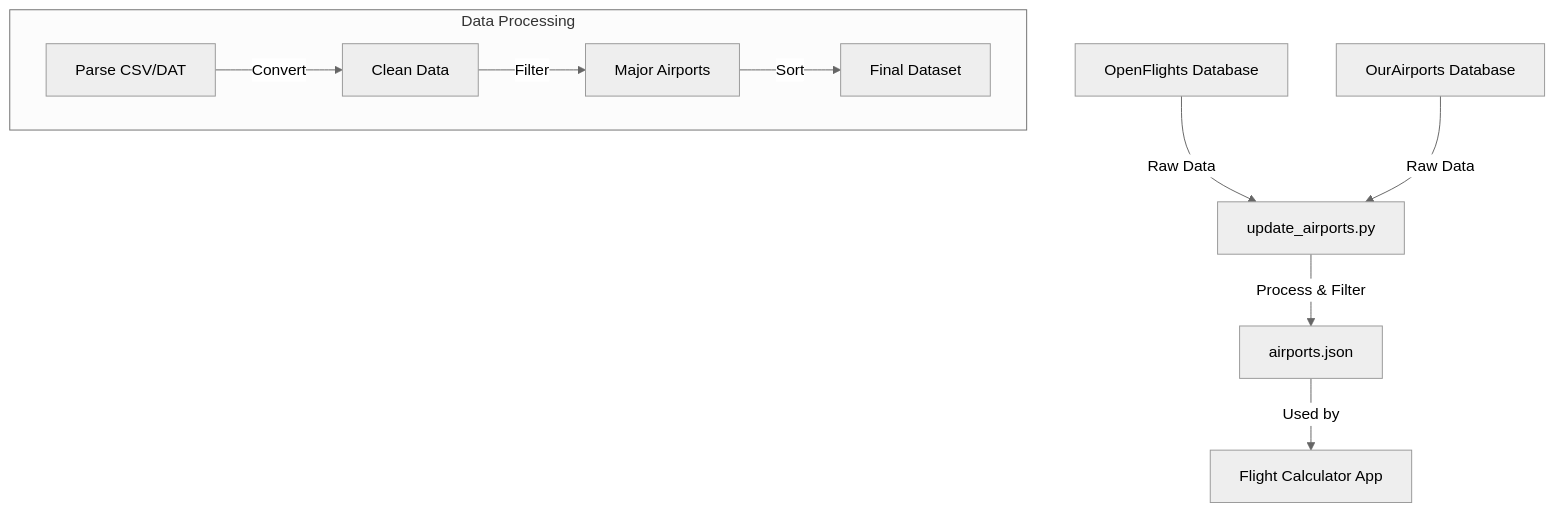
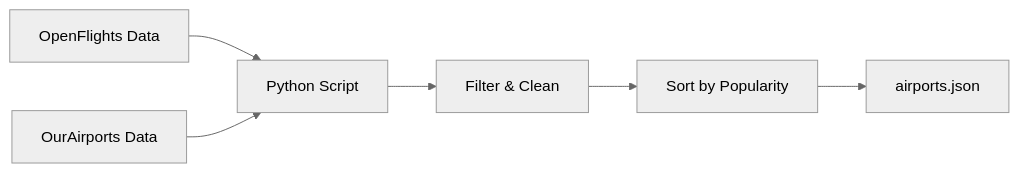
The diagram in scripts/README.md (lucharo/flight-emissions-calculator), drawn with Mermaid (neutral theme) before and after one commit. The commit also changed other lines of this file and 7 other files, not shown here.

````diff
--- a/scripts/README.md
+++ b/scripts/README.md
@@ -11,13 +7,8 @@
 ```mermaid
-graph TD
-    A[OpenFlights Database] -->|Raw Data| C[update_airports.py]
-    B[OurAirports Database] -->|Raw Data| C
-    C -->|Process & Filter| D[airports.json]
-    D -->|Used by| E[Flight Calculator App]
-    
-    subgraph "Data Processing"
-        F[Parse CSV/DAT] -->|Convert| G[Clean Data]
-        G -->|Filter| H[Major Airports]
-        H -->|Sort| I[Final Dataset]
-    end
+graph LR
+    A[OpenFlights Data] --> C[Python Script]
+    B[OurAirports Data] --> C
+    C --> D[Filter & Clean]
+    D --> E[Sort by Popularity]
+    E --> F[airports.json]
 ```
````
